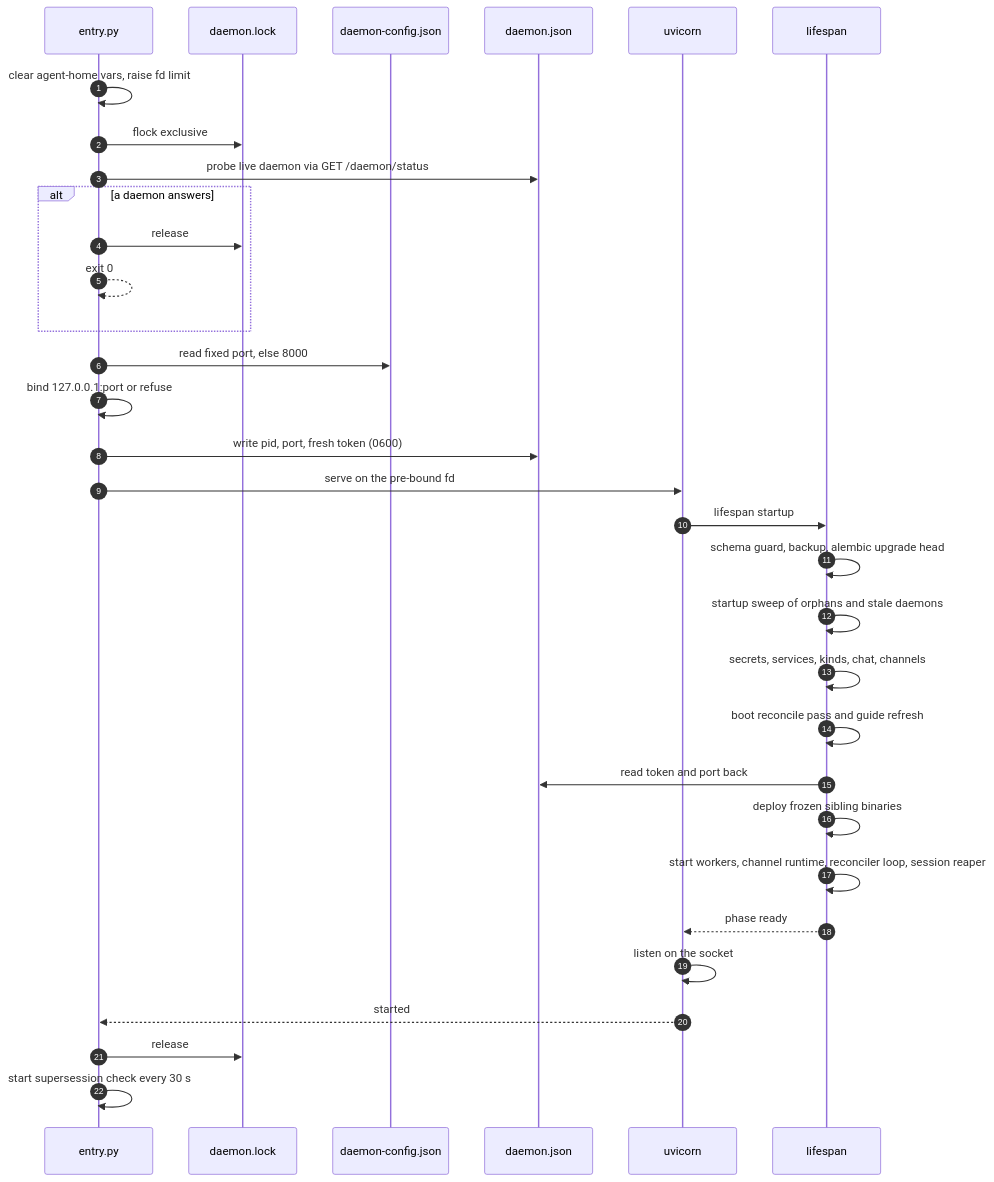
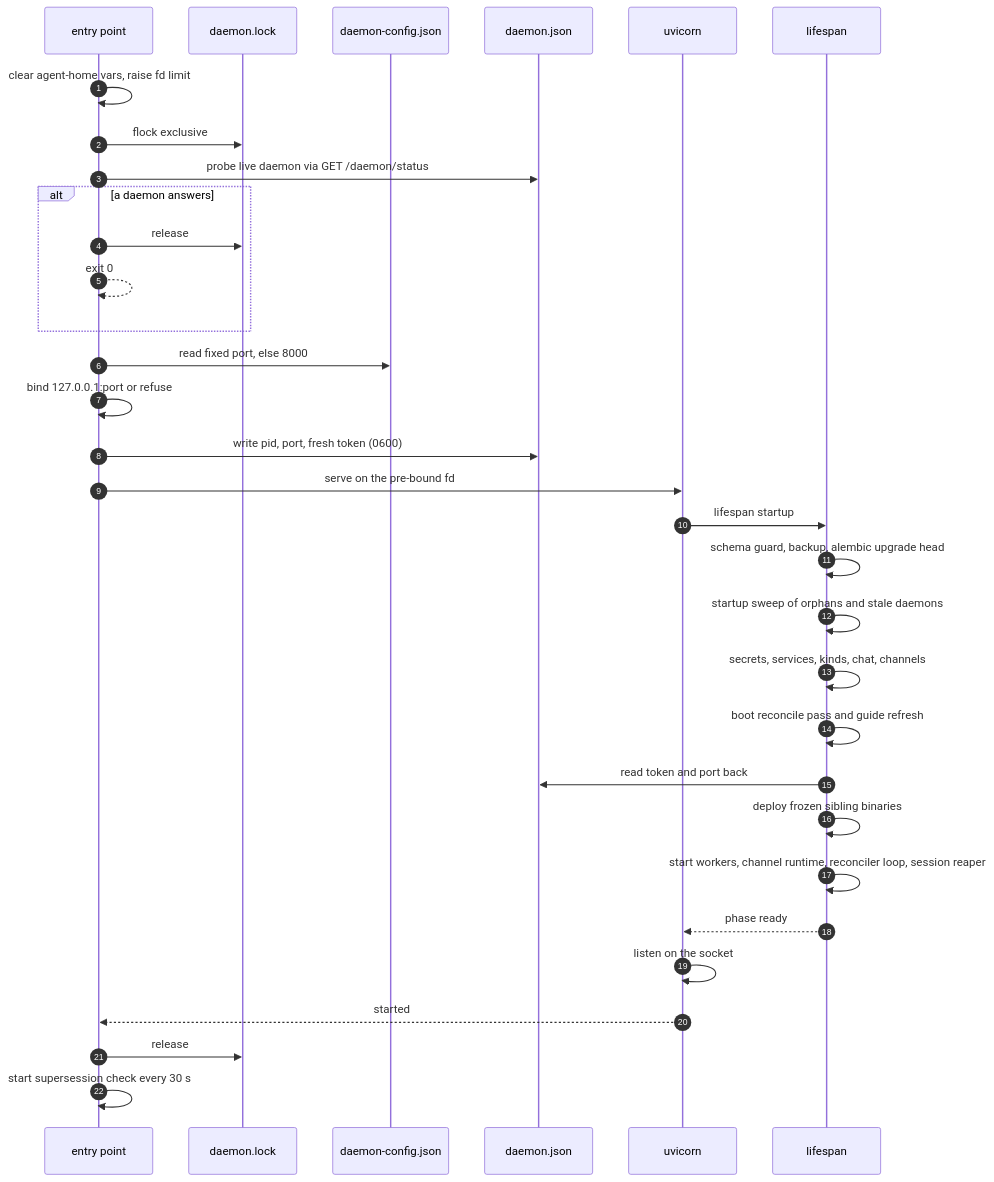
One commit to wyx-sg/Coffer changed the second of 4 diagrams in docs-site/architecture/daemon.md. Above: the diagram before and after it, drawn with Mermaid. The commit also changed other lines of this file and 29 other files, not shown here.

First line of the commit message:
docs(site): explain the architecture in plain terms, without source detail

````diff
--- a/docs-site/architecture/daemon.md
+++ b/docs-site/architecture/daemon.md
@@ -104,34 +104,34 @@
 ```mermaid
 sequenceDiagram
   autonumber
-  participant E as entry.py
+  participant E as entry point
   participant L as daemon.lock
   participant C as daemon-config.json
   participant J as daemon.json
   participant U as uvicorn
   participant A as lifespan
   E->>E: clear agent-home vars, raise fd limit
   E->>L: flock exclusive
   E->>J: probe live daemon via GET /daemon/status
   alt a daemon answers
     E->>L: release
     E-->>E: exit 0
   end
   E->>C: read fixed port, else 8000
   E->>E: bind 127.0.0.1:port or refuse
   E->>J: write pid, port, fresh token (0600)
   E->>U: serve on the pre-bound fd
   U->>A: lifespan startup
   A->>A: schema guard, backup, alembic upgrade head
   A->>A: startup sweep of orphans and stale daemons
   A->>A: secrets, services, kinds, chat, channels
   A->>A: boot reconcile pass and guide refresh
   A->>J: read token and port back
   A->>A: deploy frozen sibling binaries
   A->>A: start workers, channel runtime, reconciler loop, session reaper
   A-->>U: phase ready
   U->>U: listen on the socket
   U-->>E: started
   E->>L: release
   E->>E: start supersession check every 30 s
 ```
````
